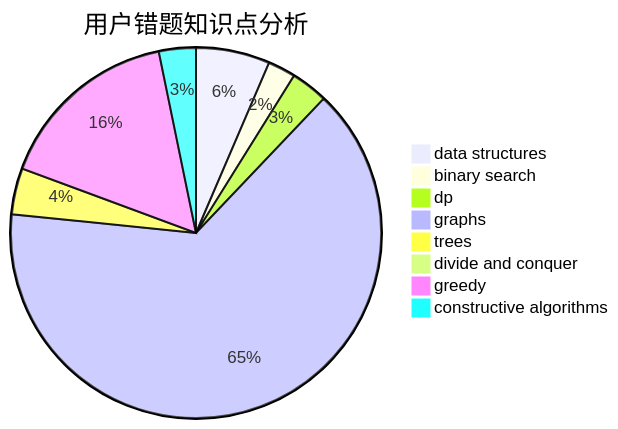
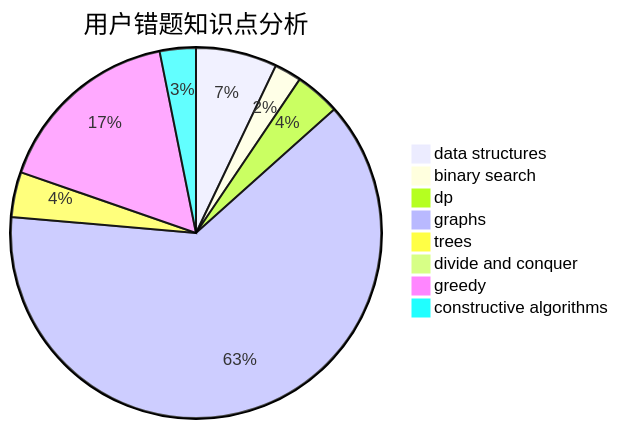
Before and after one commit to sherpahu/cfrs.github.io: the third of 3 diagrams in docs/user/u142.md, drawn with Mermaid. The commit also changed other lines of this file and 2770 other files, not shown here.

````diff
--- a/docs/user/u142.md
+++ b/docs/user/u142.md
@@ -36,11 +36,11 @@
 ```mermaid
 pie title 用户错题知识点分析
-    "data structures" :  8
+    "data structures" :  9
     "binary search" :  3
-    "dp" :  4
+    "dp" :  5
     "graphs" :  80
     "trees" :  5
     "divide and conquer" :  0
-    "greedy" :  20
+    "greedy" :  21
     "constructive algorithms" :  4
 ```
````
